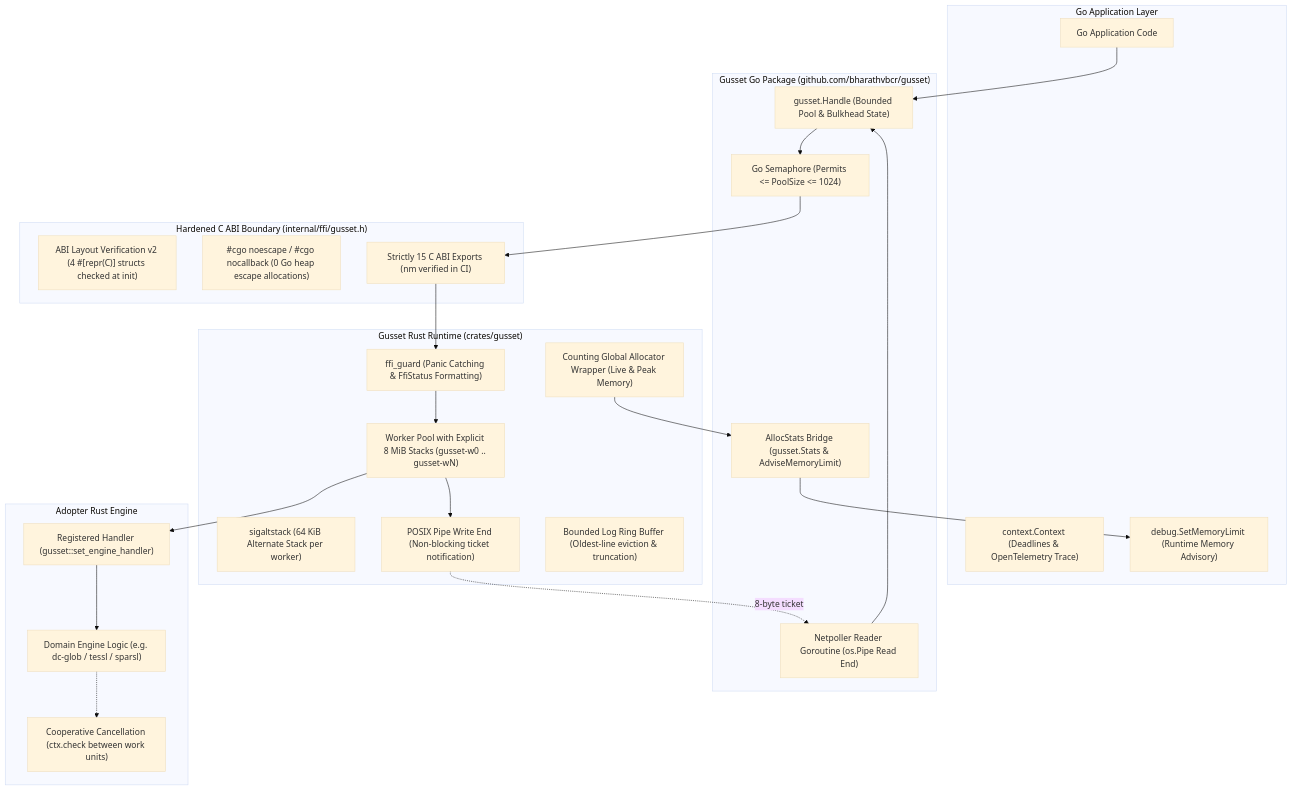
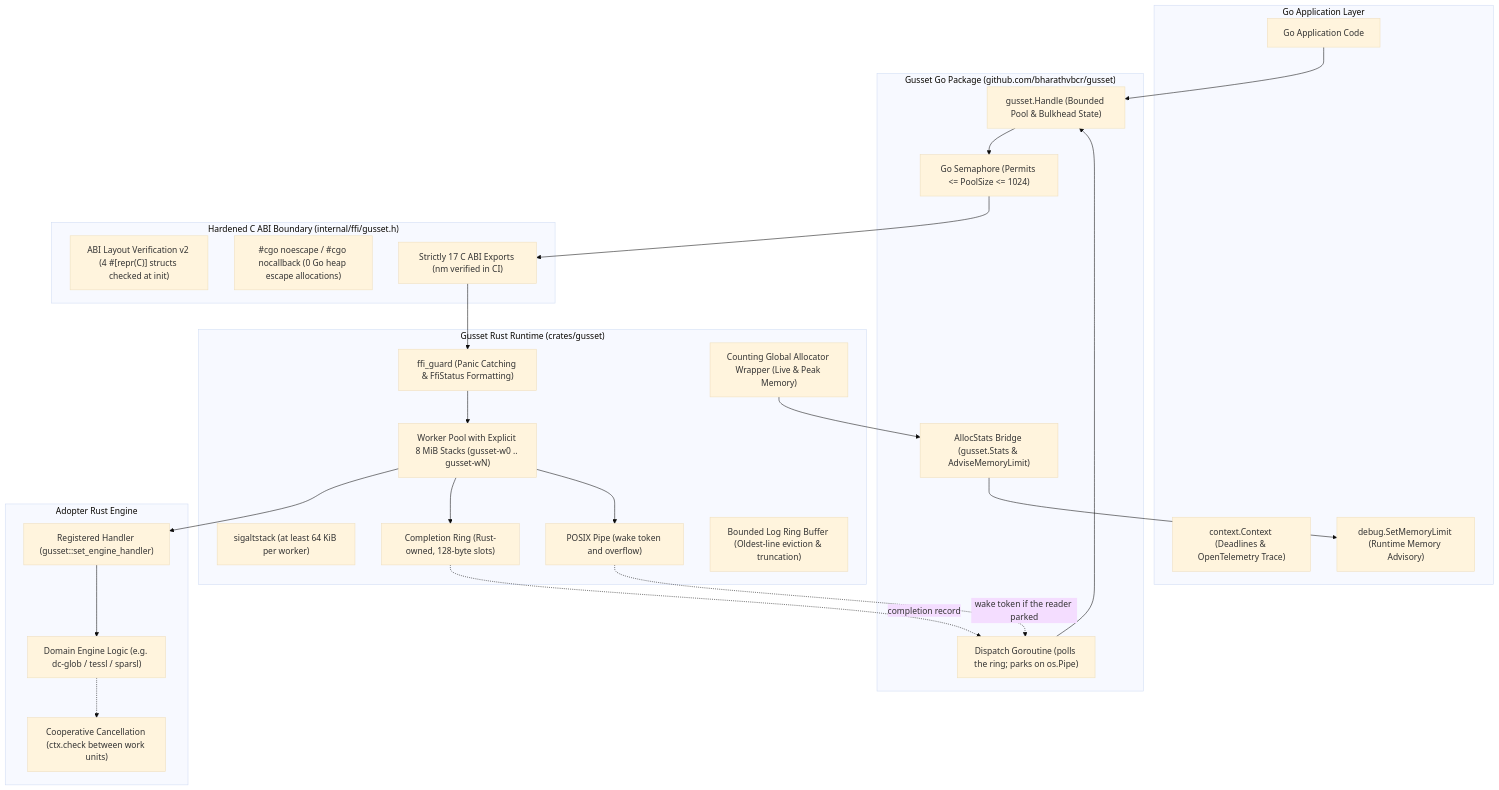
The first of 4 diagrams in README.md (bharathvbcr/gusset), drawn with Mermaid (base theme) before and after one commit. The commit also changed other lines of this file and 9 other files, not shown here.

First line of the commit message:
docs: describe the completion ring and the 17-export ABI protecting I4 and I6

````diff
--- a/README.md
+++ b/README.md
@@ -15,50 +15,53 @@
 ```mermaid
 flowchart TD
     subgraph GoApp ["Go Application Layer"]
         App["Go Application Code"]
         Ctx["context.Context (Deadlines & OpenTelemetry Trace)"]
         MemLimit["debug.SetMemoryLimit (Runtime Memory Advisory)"]
     end
 
     subgraph GoPkg ["Gusset Go Package (github.com/bharathvbcr/gusset)"]
         Handle["gusset.Handle (Bounded Pool & Bulkhead State)"]
         Sem["Go Semaphore (Permits <= PoolSize <= 1024)"]
-        Netpoller["Netpoller Reader Goroutine (os.Pipe Read End)"]
+        Netpoller["Dispatch Goroutine (polls the ring; parks on os.Pipe)"]
         StatsBridge["AllocStats Bridge (gusset.Stats & AdviseMemoryLimit)"]
     end
 
     subgraph Boundary ["Hardened C ABI Boundary (internal/ffi/gusset.h)"]
         ABI["ABI Layout Verification v2 (4 #[repr(C)] structs checked at init)"]
         Directives["#cgo noescape / #cgo nocallback (0 Go heap escape allocations)"]
-        Exports["Strictly 15 C ABI Exports (nm verified in CI)"]
+        Exports["Strictly 17 C ABI Exports (nm verified in CI)"]
     end
 
     subgraph RustCrate ["Gusset Rust Runtime (crates/gusset)"]
         Guard["ffi_guard (Panic Catching & FfiStatus Formatting)"]
         Workers["Worker Pool with Explicit 8 MiB Stacks (gusset-w0 .. gusset-wN)"]
-        SigAlt["sigaltstack (64 KiB Alternate Stack per worker)"]
-        PipeWrite["POSIX Pipe Write End (Non-blocking ticket notification)"]
+        SigAlt["sigaltstack (at least 64 KiB per worker)"]
+        Ring["Completion Ring (Rust-owned, 128-byte slots)"]
+        PipeWrite["POSIX Pipe (wake token and overflow)"]
         Alloc["Counting Global Allocator Wrapper (Live & Peak Memory)"]
         LogRing["Bounded Log Ring Buffer (Oldest-line eviction & truncation)"]
     end
 
     subgraph Engine ["Adopter Rust Engine"]
         Reg["Registered Handler (gusset::set_engine_handler)"]
         Core["Domain Engine Logic (e.g. dc-glob / tessl / sparsl)"]
         Cancel["Cooperative Cancellation (ctx.check between work units)"]
     end
 
     App --> Handle
     Handle --> Sem
     Sem --> Exports
     Exports --> Guard
     Guard --> Workers
     Workers --> Reg
     Reg --> Core
     Core -.-> Cancel
+    Workers --> Ring
+    Ring -. "completion record" .-> Netpoller
     Workers --> PipeWrite
-    PipeWrite -. "8-byte ticket" .-> Netpoller
+    PipeWrite -. "wake token if the reader parked" .-> Netpoller
     Netpoller --> Handle
     Alloc --> StatsBridge
     StatsBridge --> MemLimit
 ```
````
